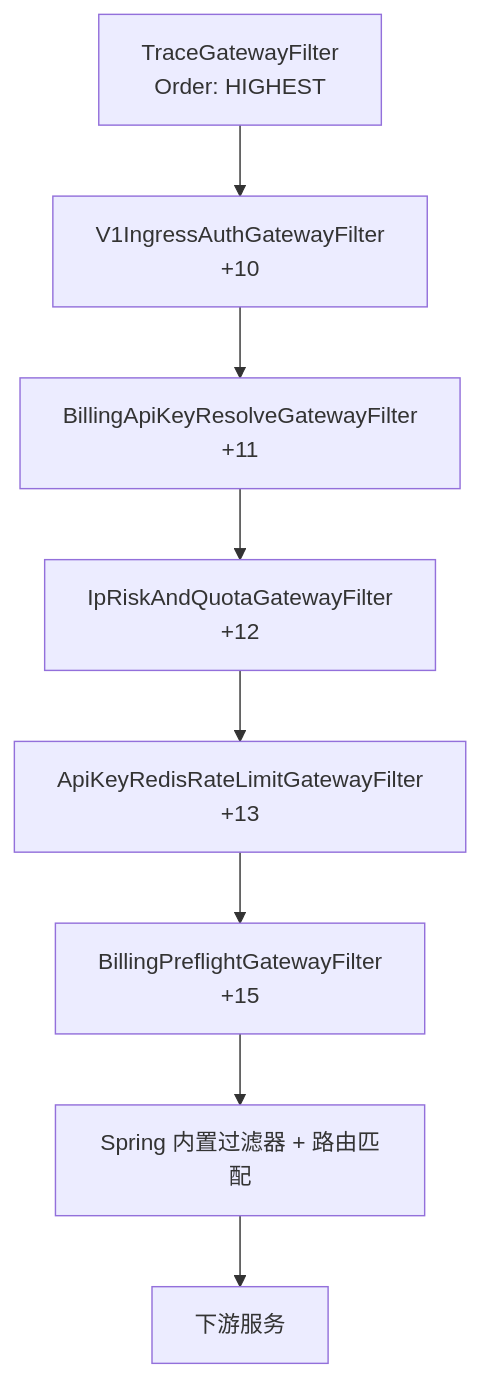
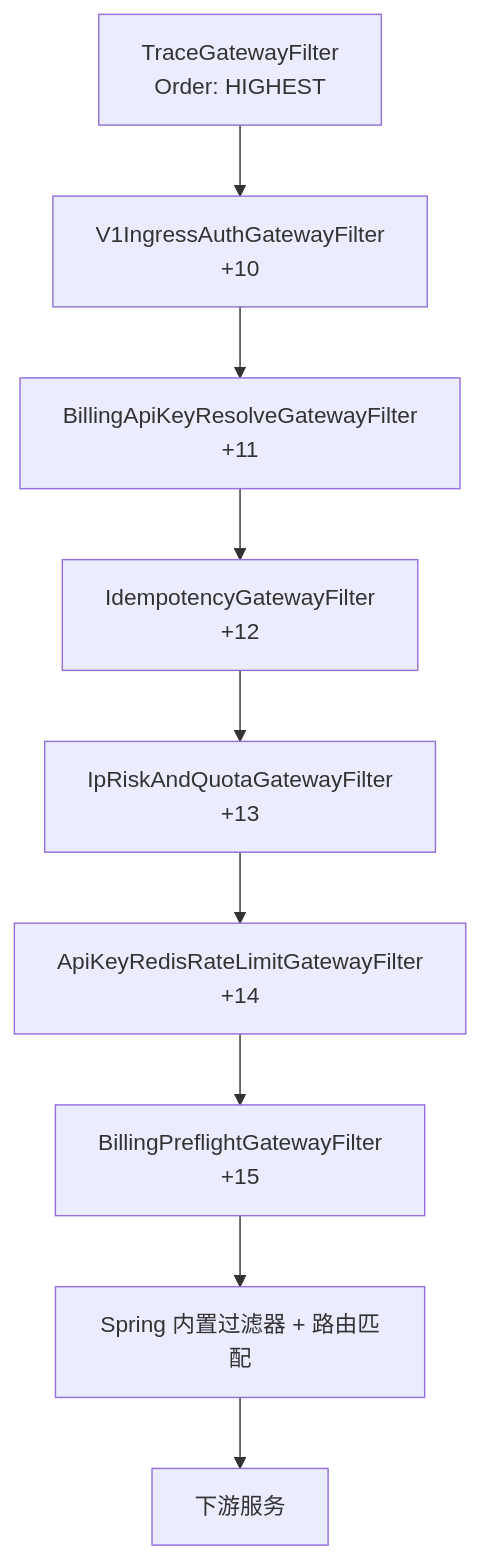
Before and after one commit to chinasongsong/token-charge-system: the diagram in gateway-service/docs/00-网关总览.md, drawn with Mermaid. The commit also changed other lines of this file and 22 other files, not shown here.

````diff
--- a/gateway-service/docs/00-网关总览.md
+++ b/gateway-service/docs/00-网关总览.md
@@ -27,10 +27,11 @@
 ```mermaid
 flowchart TD
   A[TraceGatewayFilter<br/>Order: HIGHEST] --> B[V1IngressAuthGatewayFilter<br/>+10]
   B --> C[BillingApiKeyResolveGatewayFilter<br/>+11]
-  C --> D[IpRiskAndQuotaGatewayFilter<br/>+12]
-  D --> E[ApiKeyRedisRateLimitGatewayFilter<br/>+13]
-  E --> F[BillingPreflightGatewayFilter<br/>+15]
-  F --> G[Spring 内置过滤器 + 路由匹配]
-  G --> H[下游服务]
+  C --> D[IdempotencyGatewayFilter<br/>+12]
+  D --> E[IpRiskAndQuotaGatewayFilter<br/>+13]
+  E --> F[ApiKeyRedisRateLimitGatewayFilter<br/>+14]
+  F --> G[BillingPreflightGatewayFilter<br/>+15]
+  G --> H[Spring 内置过滤器 + 路由匹配]
+  H --> I[下游服务]
 ```
````
